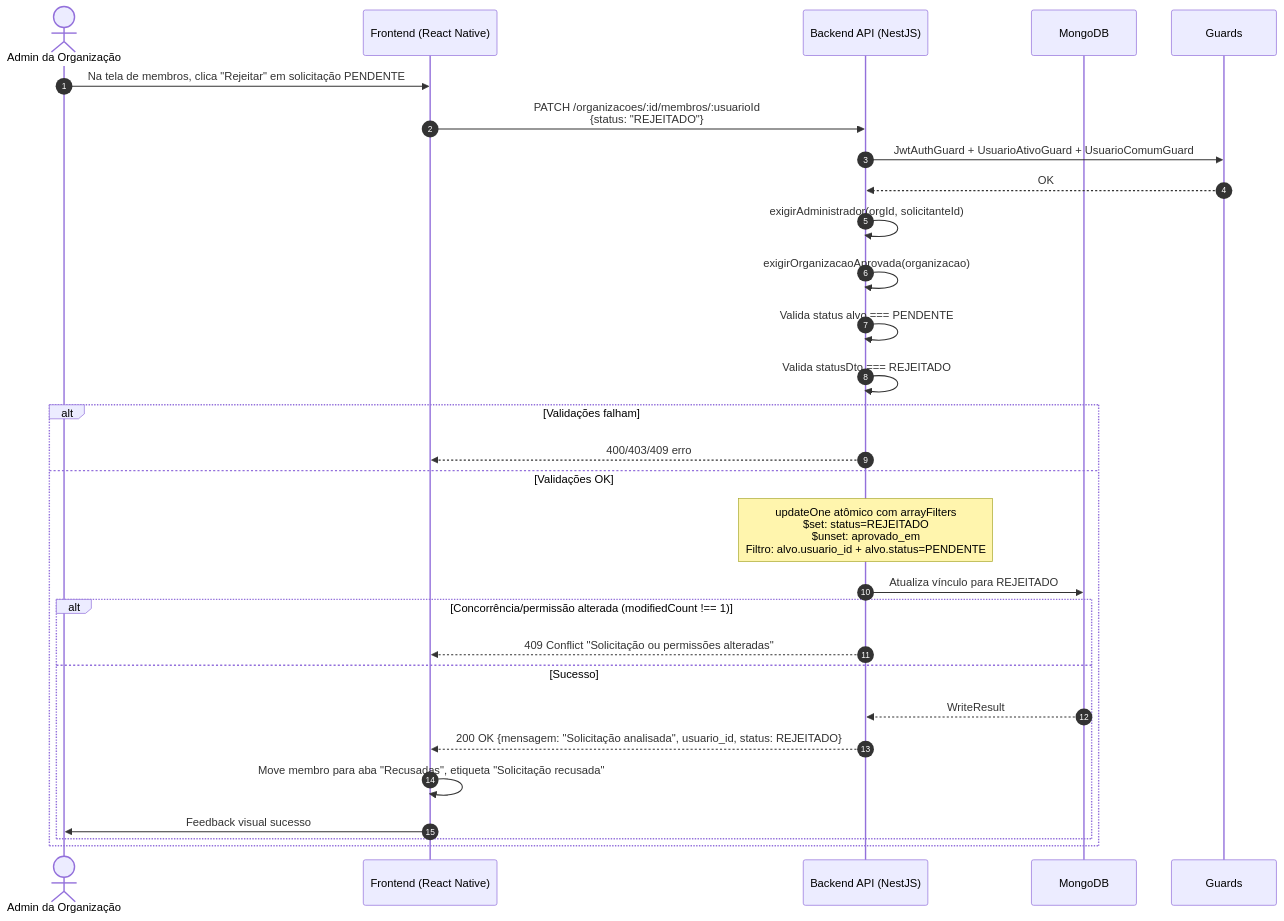
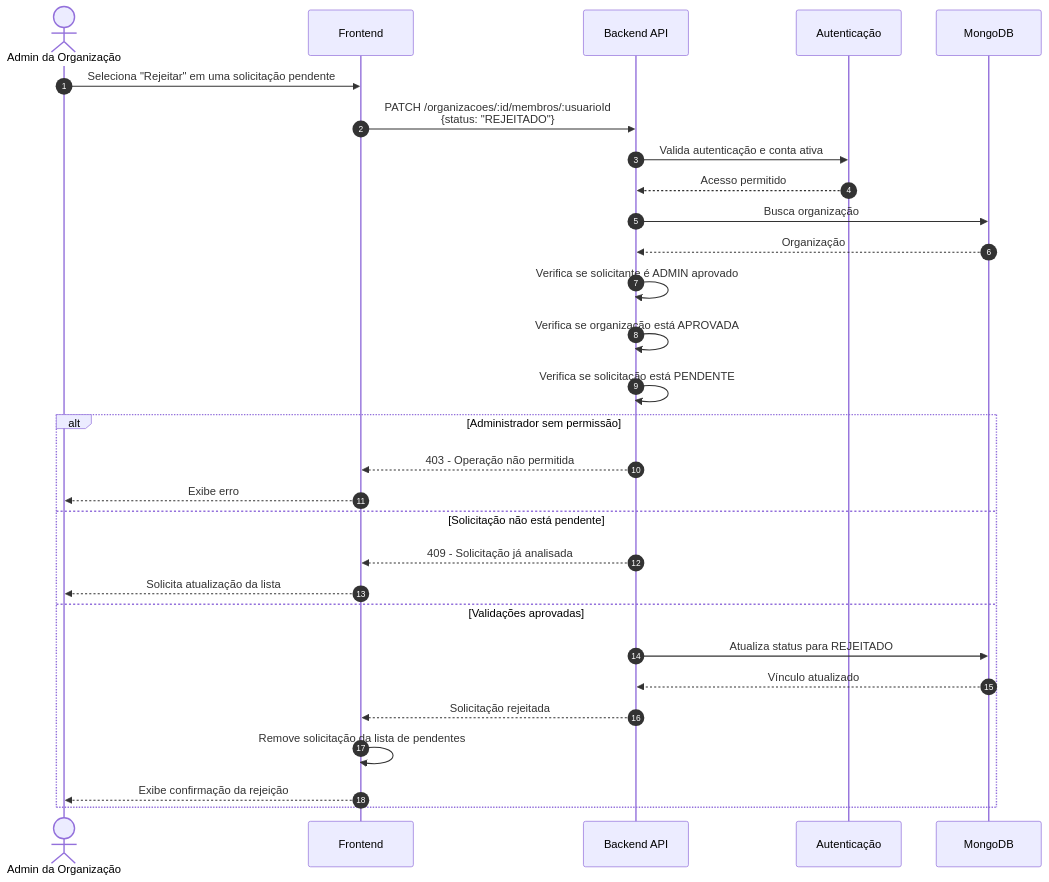
Before and after one commit to MrLucasMoreira/PDSI-Conecta-: the seventh of 9 diagrams in docs/cadastro-usuario/6 - diagramas-sequencia-cadastro-usuario.md, drawn with Mermaid. The commit also changed other lines of this file and 7 other files, not shown here.

````diff
--- a/docs/cadastro-usuario/6 - diagramas-sequencia-cadastro-usuario.md
+++ b/docs/cadastro-usuario/6 - diagramas-sequencia-cadastro-usuario.md
@@ -357,33 +307,39 @@
 ```mermaid
 sequenceDiagram
     autonumber
+
     actor AdminOrg as Admin da Organização
-    participant Frontend as Frontend (React Native)
-    participant API as Backend API (NestJS)
+    participant Frontend as Frontend
+    participant API as Backend API
+    participant Guards as Autenticação
     participant DB as MongoDB
-    participant Guards as Guards
 
-    AdminOrg->>Frontend: Na tela de membros, clica "Rejeitar" em solicitação PENDENTE
+    AdminOrg->>Frontend: Seleciona "Rejeitar" em uma solicitação pendente
+
     Frontend->>API: PATCH /organizacoes/:id/membros/:usuarioId<br/>{status: "REJEITADO"}
-    API->>Guards: JwtAuthGuard + UsuarioAtivoGuard + UsuarioComumGuard
-    Guards-->>API: OK
-    API->>API: exigirAdministrador(orgId, solicitanteId)
-    API->>API: exigirOrganizacaoAprovada(organizacao)
-    API->>API: Valida status alvo === PENDENTE
-    API->>API: Valida statusDto === REJEITADO
-    
-    alt Validações falham
-        API-->>Frontend: 400/403/409 erro
-    else Validações OK
-        Note over API: updateOne atômico com arrayFilters<br/>$set: status=REJEITADO<br/>$unset: aprovado_em<br/>Filtro: alvo.usuario_id + alvo.status=PENDENTE
-        API->>DB: Atualiza vínculo para REJEITADO
-        alt Concorrência/permissão alterada (modifiedCount !== 1)
-            API-->>Frontend: 409 Conflict "Solicitação ou permissões alteradas"
-        else Sucesso
-            DB-->>API: WriteResult
-            API-->>Frontend: 200 OK {mensagem: "Solicitação analisada", usuario_id, status: REJEITADO}
-            Frontend->>Frontend: Move membro para aba "Recusadas", etiqueta "Solicitação recusada"
-            Frontend->>AdminOrg: Feedback visual sucesso
-        end
+
+    API->>Guards: Valida autenticação e conta ativa
+    Guards-->>API: Acesso permitido
+
+    API->>DB: Busca organização
+    DB-->>API: Organização
+
+    API->>API: Verifica se solicitante é ADMIN aprovado
+    API->>API: Verifica se organização está APROVADA
+    API->>API: Verifica se solicitação está PENDENTE
+
+    alt Administrador sem permissão
+        API-->>Frontend: 403 - Operação não permitida
+        Frontend-->>AdminOrg: Exibe erro
+    else Solicitação não está pendente
+        API-->>Frontend: 409 - Solicitação já analisada
+        Frontend-->>AdminOrg: Solicita atualização da lista
+    else Validações aprovadas
+        API->>DB: Atualiza status para REJEITADO
+        DB-->>API: Vínculo atualizado
+
+        API-->>Frontend: Solicitação rejeitada
+        Frontend->>Frontend: Remove solicitação da lista de pendentes
+        Frontend-->>AdminOrg: Exibe confirmação da rejeição
     end
 ```
````
